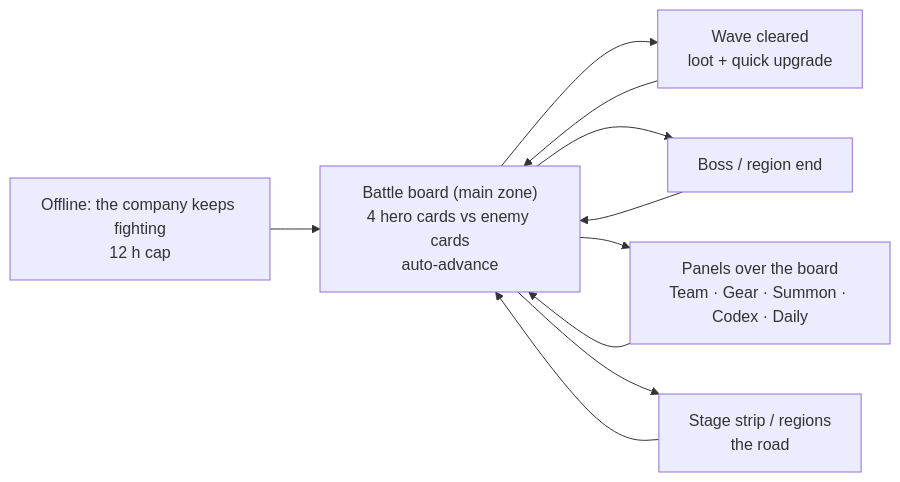
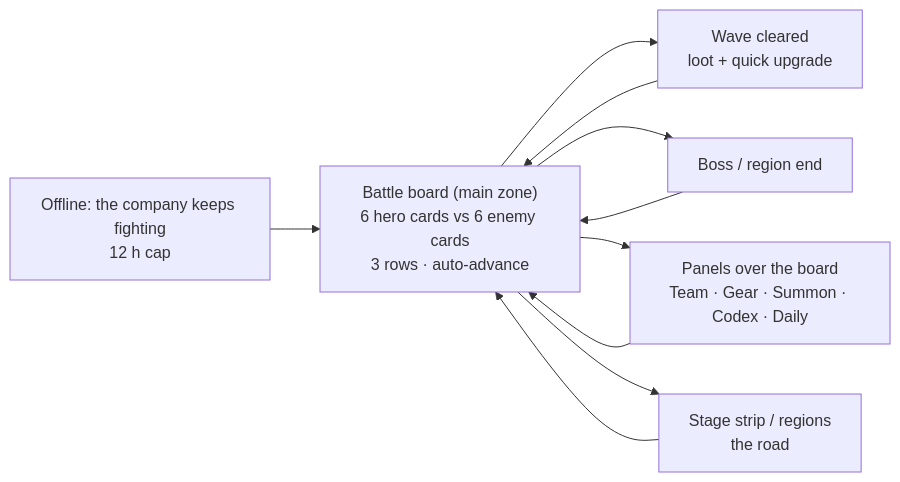
One commit to vinh466/tohe-play changed the diagram in plans/idle-card-rpg/design.md. Above: the diagram before and after it, drawn with Mermaid. The commit also changed other lines of this file and 11 other files, not shown here.

````diff
--- a/plans/idle-card-rpg/design.md
+++ b/plans/idle-card-rpg/design.md
@@ -11,12 +11,12 @@
 ```mermaid
 flowchart LR
-  board["Battle board (main zone)<br/>4 hero cards vs enemy cards<br/>auto-advance"] --> wave["Wave cleared<br/>loot + quick upgrade"]
+  board["Battle board (main zone)<br/>6 hero cards vs 6 enemy cards<br/>3 rows · auto-advance"] --> wave["Wave cleared<br/>loot + quick upgrade"]
   wave --> board
   board --> boss["Boss / region end"]
   boss --> board
   board --> panels["Panels over the board<br/>Team · Gear · Summon · Codex · Daily"]
   panels --> board
   offline["Offline: the company keeps fighting<br/>12 h cap"] --> board
   board --> road["Stage strip / regions<br/>the road"]
   road --> board
 ```
````
